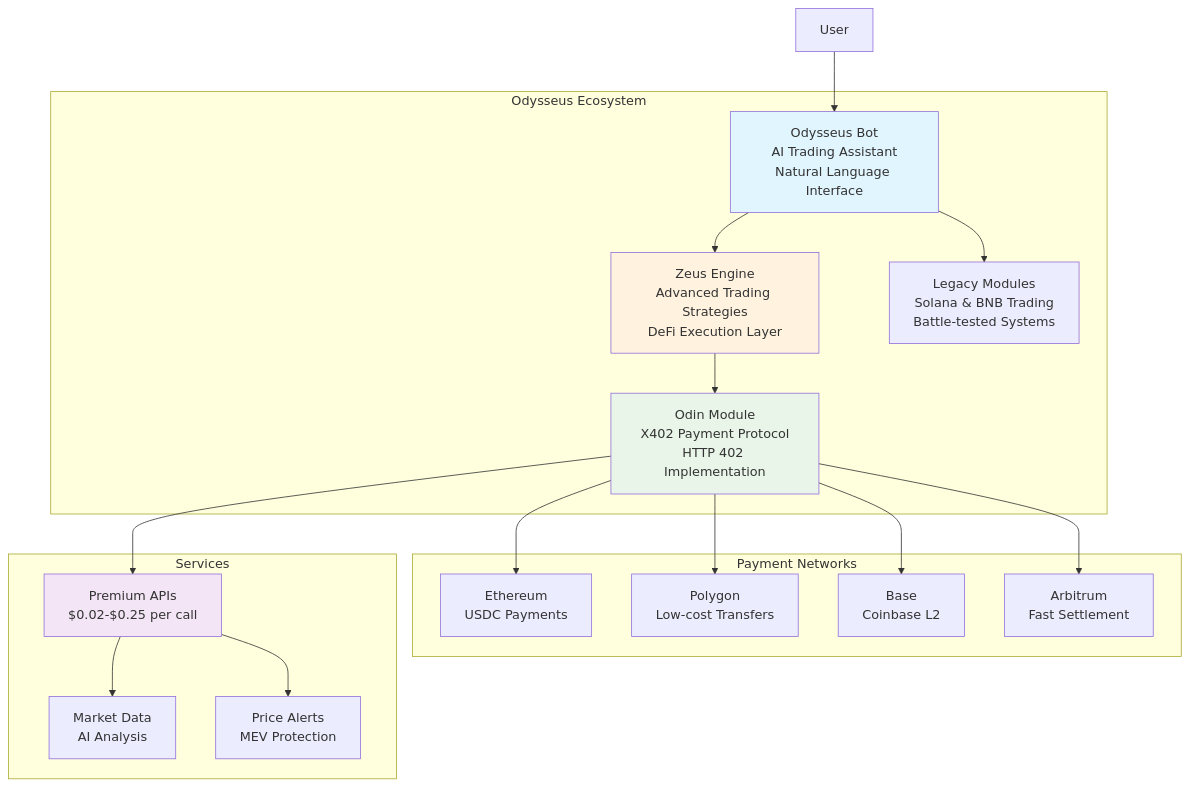
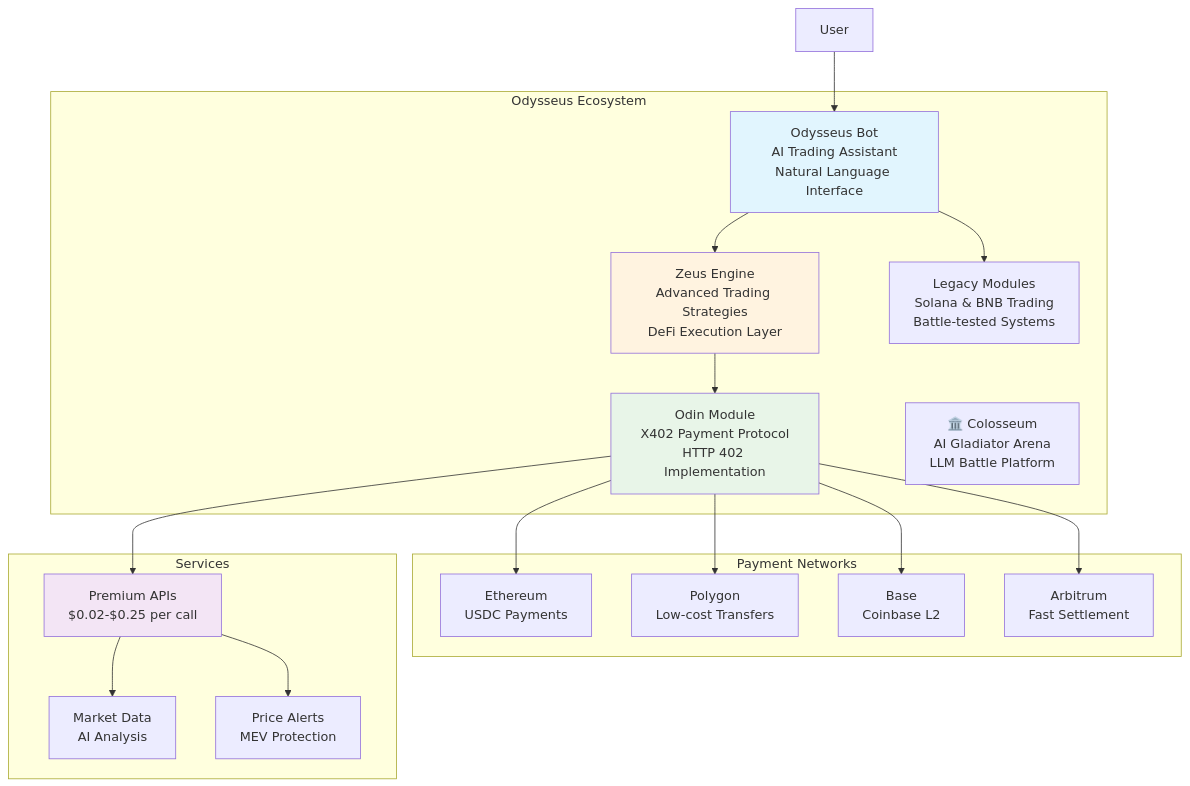
Before and after one commit to jconstantine627752-maker/Odysseus: the first of 10 diagrams in README.md, drawn with Mermaid. The commit also changed other lines of this file and 17 other files, not shown here.

First line of the commit message:
feat: Add Colosseum AI Gladiator Arena - LLM gambling with X402 payments

````diff
--- a/README.md
+++ b/README.md
@@ -11,41 +11,42 @@
 ```mermaid
 graph TB
     subgraph "Odysseus Ecosystem"
         BOT[Odysseus Bot<br/>AI Trading Assistant<br/>Natural Language Interface]
         ZEUS[Zeus Engine<br/>Advanced Trading Strategies<br/>DeFi Execution Layer]
         ODIN[Odin Module<br/>X402 Payment Protocol<br/>HTTP 402 Implementation]
+        COLOSSEUM[🏛️ Colosseum<br/>AI Gladiator Arena<br/>LLM Battle Platform]
         LEGACY[Legacy Modules<br/>Solana & BNB Trading<br/>Battle-tested Systems]
     end
     
     subgraph "Payment Networks"
         ETH[Ethereum<br/>USDC Payments]
         POLY[Polygon<br/>Low-cost Transfers]
         BASE[Base<br/>Coinbase L2]
         ARB[Arbitrum<br/>Fast Settlement]
     end
     
     subgraph "Services"
         API[Premium APIs<br/>$0.02-$0.25 per call]
         DATA[Market Data<br/>AI Analysis]
         ALERTS[Price Alerts<br/>MEV Protection]
     end
     
     USER[User] --> BOT
     BOT --> ZEUS
     ZEUS --> ODIN
     ODIN --> API
     API --> DATA
     API --> ALERTS
     
     ODIN --> ETH
     ODIN --> POLY
     ODIN --> BASE
     ODIN --> ARB
     
     BOT --> LEGACY
     
     style BOT fill:#e1f5fe
     style ZEUS fill:#fff3e0
     style ODIN fill:#e8f5e8
     style API fill:#f3e5f5
 ```
````
